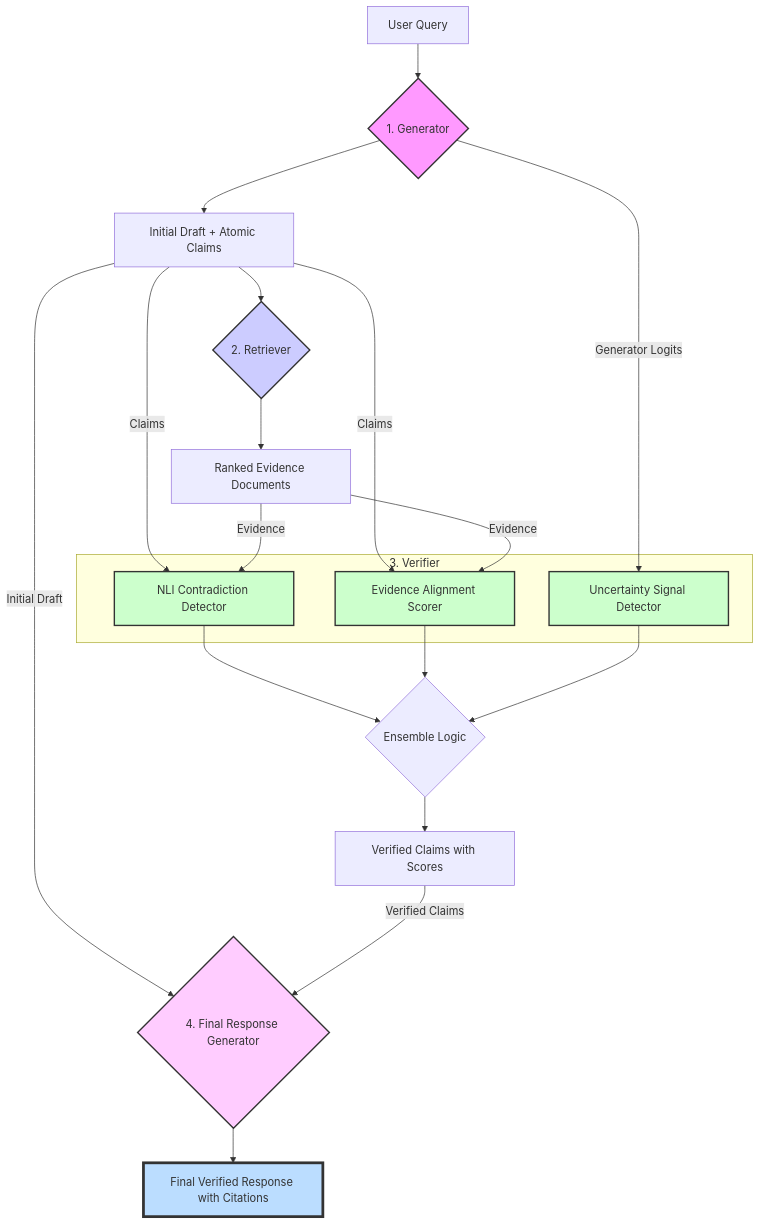
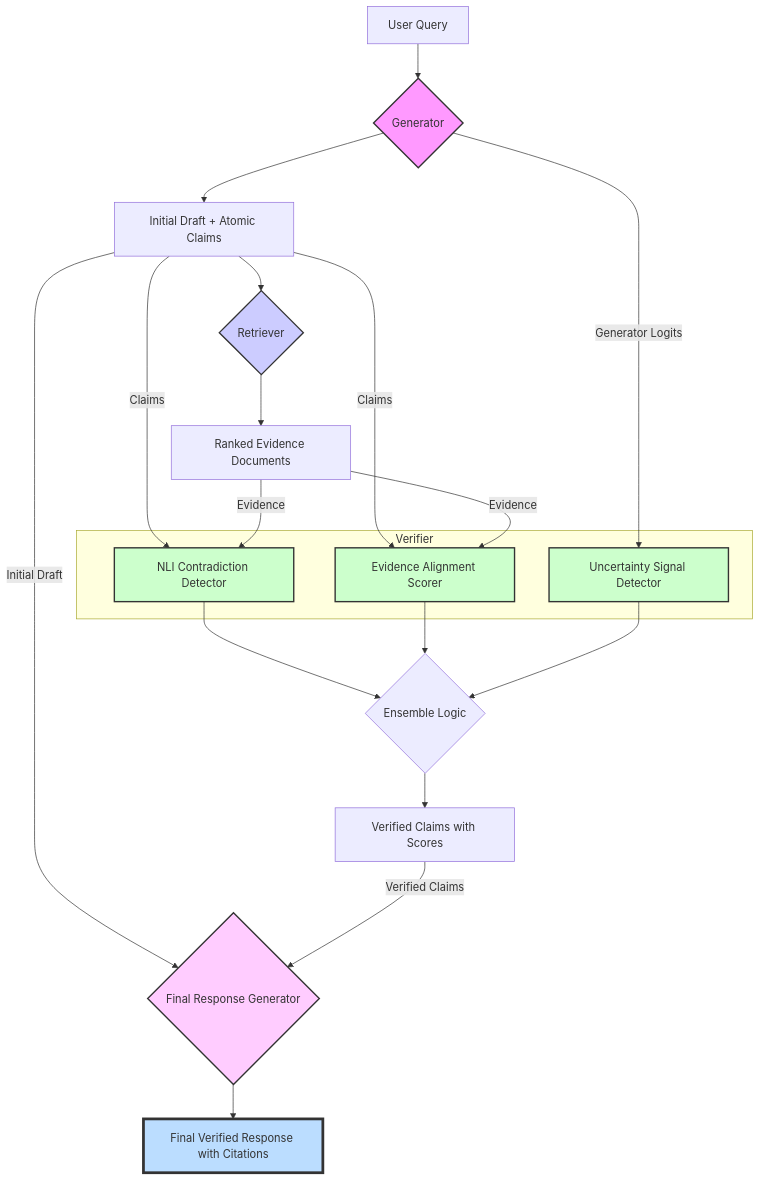
Before and after one commit to xiashuidaolaoshuren/AIST-FYP: the diagram in System_Architecture_Design.md, drawn with Mermaid. The commit also changed 2 other files, not shown here.

Commit message:
fix: Rewrite mermaid syntax to deal with "Unsupport markdown: list" issue on the architecture design graph

````diff
--- a/System_Architecture_Design.md
+++ b/System_Architecture_Design.md
@@ -9,32 +9,32 @@
 ```mermaid
 graph TD
-    A[User Query] --> B{1. Generator};
+    A[User Query] --> B{Generator};
     B --> C[Initial Draft + Atomic Claims];
-    C --> D{2. Retriever};
+    C --> D{Retriever};
     D --> E[Ranked Evidence Documents];
-    subgraph 3. Verifier
+    subgraph Verifier
         F[NLI Contradiction Detector]
         G[Evidence Alignment Scorer]
         H[Uncertainty Signal Detector]
     end
     C -- Claims --> F;
     E -- Evidence --> F;
     C -- Claims --> G;
     E -- Evidence --> G;
     B -- Generator Logits --> H;
     F --> I{Ensemble Logic};
     G --> I;
     H --> I;
     I --> J[Verified Claims with Scores];
-    C -- Initial Draft --> K{4. Final Response Generator};
+    C -- Initial Draft --> K{Final Response Generator};
     J -- Verified Claims --> K;
     K --> L[Final Verified Response with Citations];
 
     style B fill:#f9f,stroke:#333,stroke-width:2px
     style D fill:#ccf,stroke:#333,stroke-width:2px
     style F fill:#cfc,stroke:#333,stroke-width:2px
     style G fill:#cfc,stroke:#333,stroke-width:2px
     style H fill:#cfc,stroke:#333,stroke-width:2px
     style K fill:#fcf,stroke:#333,stroke-width:2px
     style L fill:#bdf,stroke:#333,stroke-width:4px
 ```
````
